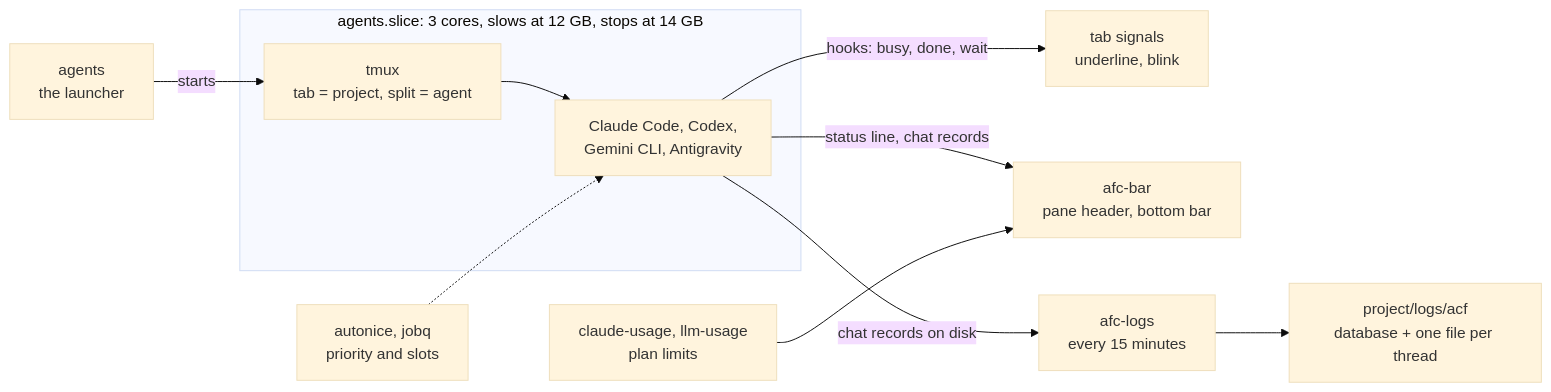
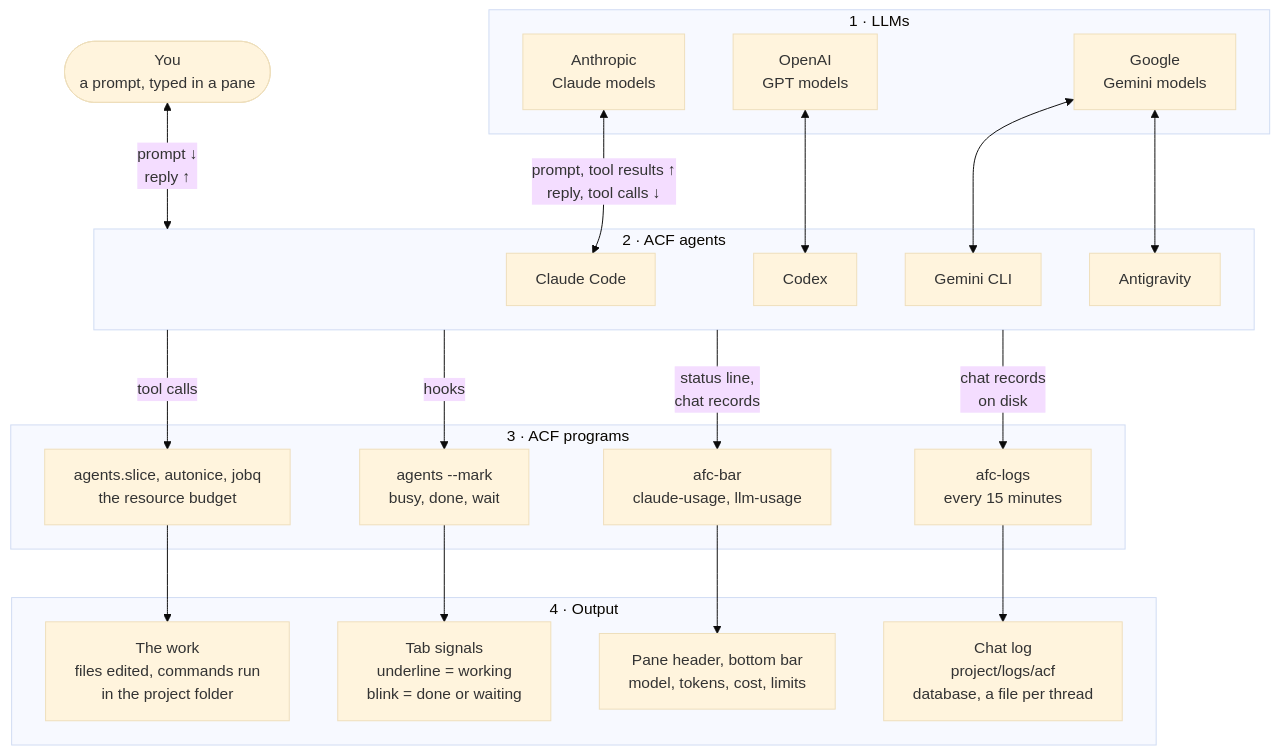
Before and after one commit to Geek2017/ACF: the diagram in README.md, drawn with Mermaid (base theme). The commit also changed other lines of this file, not shown here.

First line of the commit message:
README: redraw how it works as one flow, from the LLMs to the agents to the output

````diff
--- a/README.md
+++ b/README.md
@@ -86,15 +88,42 @@
 ```mermaid
-flowchart LR
-  subgraph cap["agents.slice: 3 cores, slows at 12 GB, stops at 14 GB"]
-    tmux["tmux<br>tab = project, split = agent"]
-    agent["Claude Code, Codex,<br>Gemini CLI, Antigravity"]
-    tmux --> agent
+flowchart TB
+  you(["You<br>a prompt, typed in a pane"])
+
+  subgraph llm["1 · LLMs"]
+    anthropic["Anthropic<br>Claude models"]
+    openai["OpenAI<br>GPT models"]
+    google["Google<br>Gemini models"]
   end
-  launcher["agents<br>the launcher"] -->|"starts"| tmux
-  agent -->|"hooks: busy, done, wait"| signals["tab signals<br>underline, blink"]
-  agent -->|"status line, chat records"| bar["afc-bar<br>pane header, bottom bar"]
-  usage["claude-usage, llm-usage<br>plan limits"] --> bar
-  agent -->|"chat records on disk"| logs["afc-logs<br>every 15 minutes"]
-  logs --> store["project/logs/acf<br>database + one file per thread"]
-  guard["autonice, jobq<br>priority and slots"] -.-> agent
+
+  subgraph fleet["2 · ACF agents"]
+    claude["Claude Code"]
+    codex["Codex"]
+    gemini["Gemini CLI"]
+    agy["Antigravity"]
+  end
+
+  subgraph acf["3 · ACF programs"]
+    guard["agents.slice, autonice, jobq<br>the resource budget"]
+    mark["agents --mark<br>busy, done, wait"]
+    bar["afc-bar<br>claude-usage, llm-usage"]
+    logs["afc-logs<br>every 15 minutes"]
+  end
+
+  subgraph out["4 · Output"]
+    work["The work<br>files edited, commands run<br>in the project folder"]
+    signals["Tab signals<br>underline = working<br>blink = done or waiting"]
+    header["Pane header, bottom bar<br>model, tokens, cost, limits"]
+    store["Chat log<br>project/logs/acf<br>database, a file per thread"]
+  end
+
+  you <-->|"prompt ↓<br>reply ↑"| fleet
+  anthropic <-->|"prompt, tool results ↑<br>reply, tool calls ↓"| claude
+  openai <--> codex
+  google <--> gemini
+  google <--> agy
+
+  fleet -->|"tool calls"| guard --> work
+  fleet -->|"hooks"| mark --> signals
+  fleet -->|"status line,<br>chat records"| bar --> header
+  fleet -->|"chat records<br>on disk"| logs --> store
 ```
````
